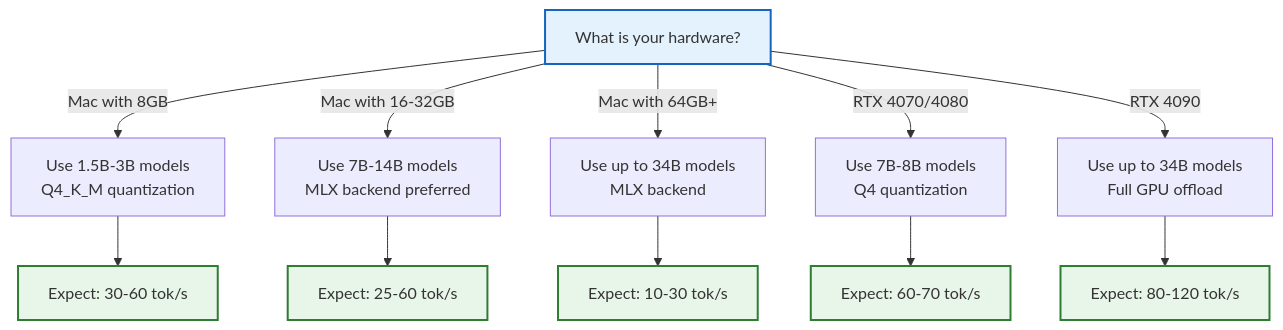
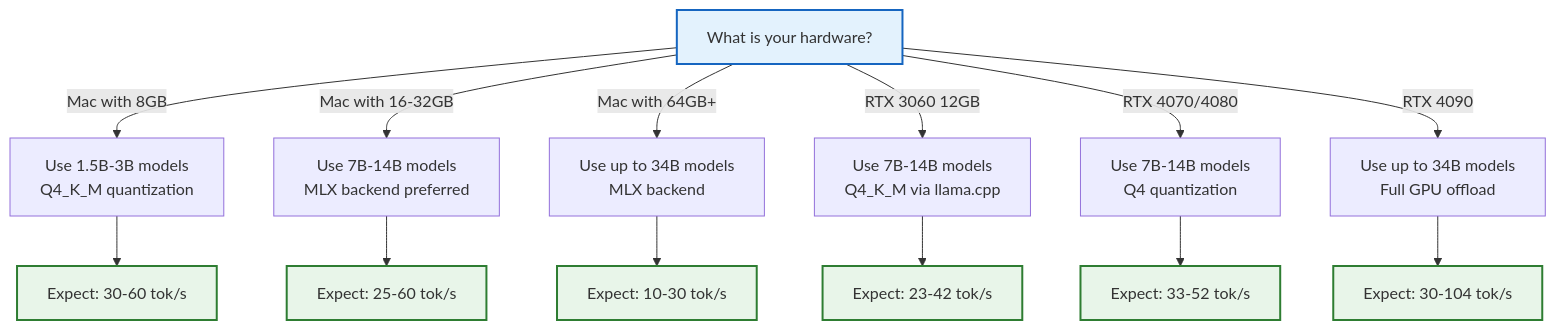
Before and after one commit to ajitsing/ajitsing.github.io: the fifth of 5 diagrams in _posts/2026-01-15-llm-inference-speed-comparison.md, drawn with Mermaid. The commit also changed other lines of this file, not shown here.

````diff
--- a/_posts/2026-01-15-llm-inference-speed-comparison.md
+++ b/_posts/2026-01-15-llm-inference-speed-comparison.md
@@ -331,23 +449,26 @@
 ```mermaid
 flowchart TD
     Start[What is your hardware?]
     
     Start -->|Mac with 8GB| A1[Use 1.5B-3B models<br/>Q4_K_M quantization]
     Start -->|Mac with 16-32GB| A2[Use 7B-14B models<br/>MLX backend preferred]
     Start -->|Mac with 64GB+| A3[Use up to 34B models<br/>MLX backend]
-    Start -->|RTX 4070/4080| A4[Use 7B-8B models<br/>Q4 quantization]
+    Start -->|RTX 3060 12GB| A6[Use 7B-14B models<br/>Q4_K_M via llama.cpp]
+    Start -->|RTX 4070/4080| A4[Use 7B-14B models<br/>Q4 quantization]
     Start -->|RTX 4090| A5[Use up to 34B models<br/>Full GPU offload]
     
     A1 --> R1[Expect: 30-60 tok/s]
     A2 --> R2[Expect: 25-60 tok/s]
     A3 --> R3[Expect: 10-30 tok/s]
-    A4 --> R4[Expect: 60-70 tok/s]
-    A5 --> R5[Expect: 80-120 tok/s]
+    A6 --> R6[Expect: 23-42 tok/s]
+    A4 --> R4[Expect: 33-52 tok/s]
+    A5 --> R5[Expect: 30-104 tok/s]
     
     style Start fill:#e3f2fd,stroke:#1565c0,stroke-width:2px
     style R1 fill:#e8f5e9,stroke:#2e7d32,stroke-width:2px
     style R2 fill:#e8f5e9,stroke:#2e7d32,stroke-width:2px
     style R3 fill:#e8f5e9,stroke:#2e7d32,stroke-width:2px
     style R4 fill:#e8f5e9,stroke:#2e7d32,stroke-width:2px
     style R5 fill:#e8f5e9,stroke:#2e7d32,stroke-width:2px
+    style R6 fill:#e8f5e9,stroke:#2e7d32,stroke-width:2px
 ```
````
